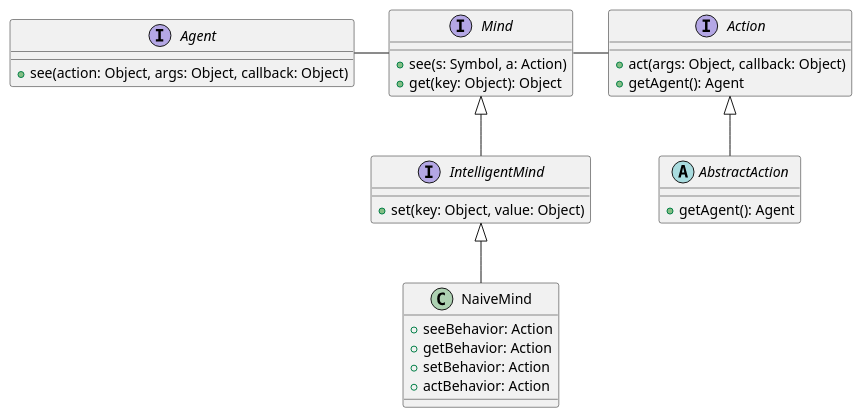
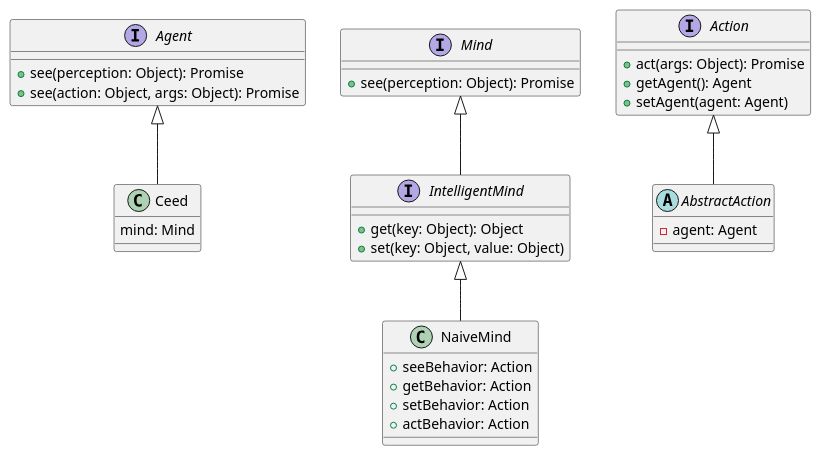
One commit to macaroots/LEAjs changed the diagram in docs/diagrams/class/general.puml. Above: the diagram before and after it, drawn with PlantUML. The commit also changed 5 other files, not shown here.

Commit message:
update diagrams

```diff
--- a/docs/diagrams/class/general.puml
+++ b/docs/diagrams/class/general.puml
@@ -1,35 +1,38 @@
 @startuml
 
 interface Agent {
-    +see(action: Object, args: Object, callback: Object)
+    +see(perception: Object): Promise
+    +see(action: Object, args: Object): Promise
 }
 interface Mind {
-    +see(s: Symbol, a: Action)
+    +see(perception: Object): Promise
+}
+interface IntelligentMind {
     +get(key: Object): Object
-}
-interface IntelligentMind{
     +set(key: Object, value: Object)
 }
+class Ceed {
+    mind: Mind
+}
 interface Action {
-    +act(args: Object, callback: Object)
+    +act(args: Object): Promise
     +getAgent(): Agent
+    +setAgent(agent: Agent)
 }
 abstract AbstractAction {
-    +getAgent(): Agent
+ - agent: Agent
 }
 class NaiveMind {
     +seeBehavior: Action
     +getBehavior: Action
     +setBehavior: Action
     +actBehavior: Action
 }
 
 
-Agent - Mind
 Mind <|-- IntelligentMind
-Mind - Action
+IntelligentMind <|-- NaiveMind
+Agent <|-- Ceed
 Action <|-- AbstractAction
 
-IntelligentMind <|-- NaiveMind
-
 @enduml
```
